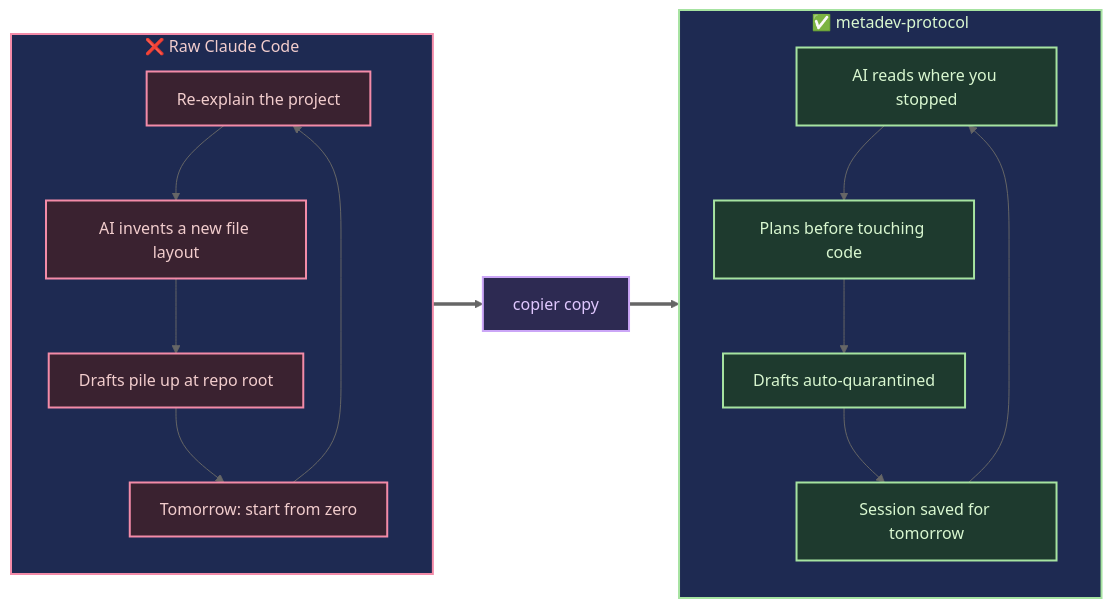
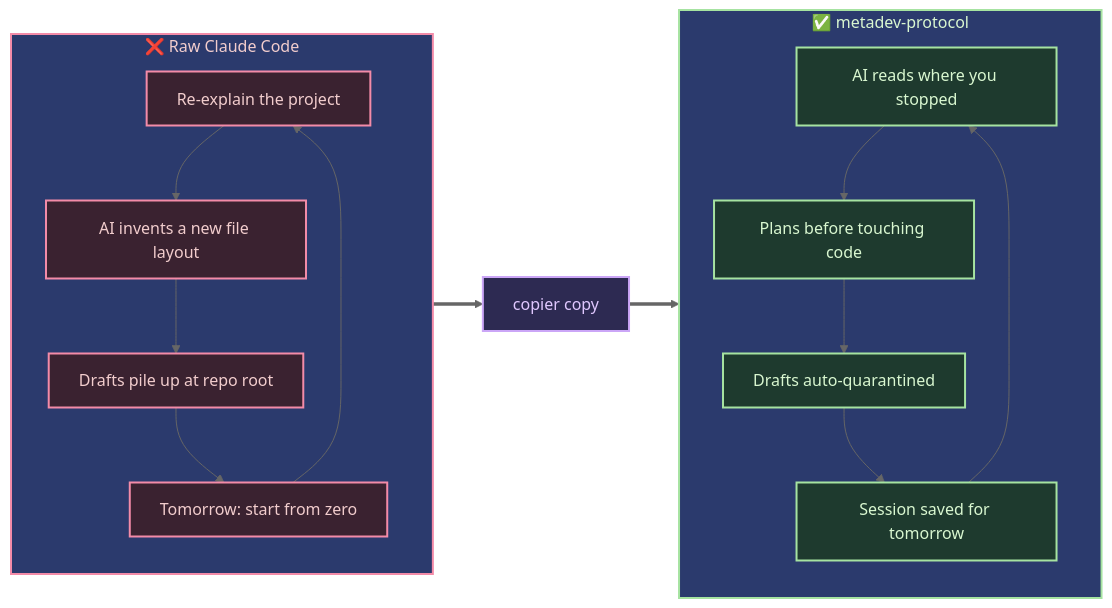
The first of 2 diagrams in README.md (Vincent-20-100/metadev-protocol), drawn with Mermaid (neutral theme) before and after one commit. The commit also changed other lines of this file and 1 other file, not shown here.

````diff
--- a/README.md
+++ b/README.md
@@ -45,30 +45,30 @@
 ```mermaid
 flowchart LR
-    classDef pain  fill:#3a2230,stroke:#f38ba8,stroke-width:2px,color:#f2cdcd
-    classDef cure  fill:#1e3a2e,stroke:#a6e3a1,stroke-width:2px,color:#d9f7d0
-    classDef jump  fill:#2d2a52,stroke:#cba6f7,stroke-width:2px,color:#e0c8ff
+    classDef pain  fill: #3a2230,stroke: #f38ba8,stroke-width:2px,color: #f2cdcd
+    classDef cure  fill: #1e3a2e,stroke: #a6e3a1,stroke-width:2px,color: #d9f7d0
+    classDef jump  fill: #2d2a52,stroke: #cba6f7,stroke-width:2px,color: #e0c8ff
 
     subgraph BEFORE["❌ Raw Claude Code"]
         direction TB
         B1["Re-explain the project"]:::pain
         B2["AI invents a new file layout"]:::pain
         B3["Drafts pile up at repo root"]:::pain
         B4["Tomorrow: start from zero"]:::pain
         B1 --> B2 --> B3 --> B4 --> B1
     end
 
     subgraph AFTER["✅ metadev-protocol"]
         direction TB
         A1["AI reads where you stopped"]:::cure
         A2["Plans before touching code"]:::cure
         A3["Drafts auto-quarantined"]:::cure
         A4["Session saved for tomorrow"]:::cure
         A1 --> A2 --> A3 --> A4 --> A1
     end
 
     JUMP["copier copy"]:::jump
     BEFORE ==> JUMP ==> AFTER
 
-    style BEFORE fill:#1e2a52,stroke:#f38ba8,stroke-width:2px,color:#f2cdcd
-    style AFTER  fill:#1e2a52,stroke:#a6e3a1,stroke-width:2px,color:#d9f7d0
+    style BEFORE fill: #2b3a6d ,stroke: #f38ba8,stroke-width:2px,color: #f2cdcd
+    style AFTER  fill: #2b3a6d,stroke: #a6e3a1,stroke-width:2px,color: #d9f7d0
 ```
````
